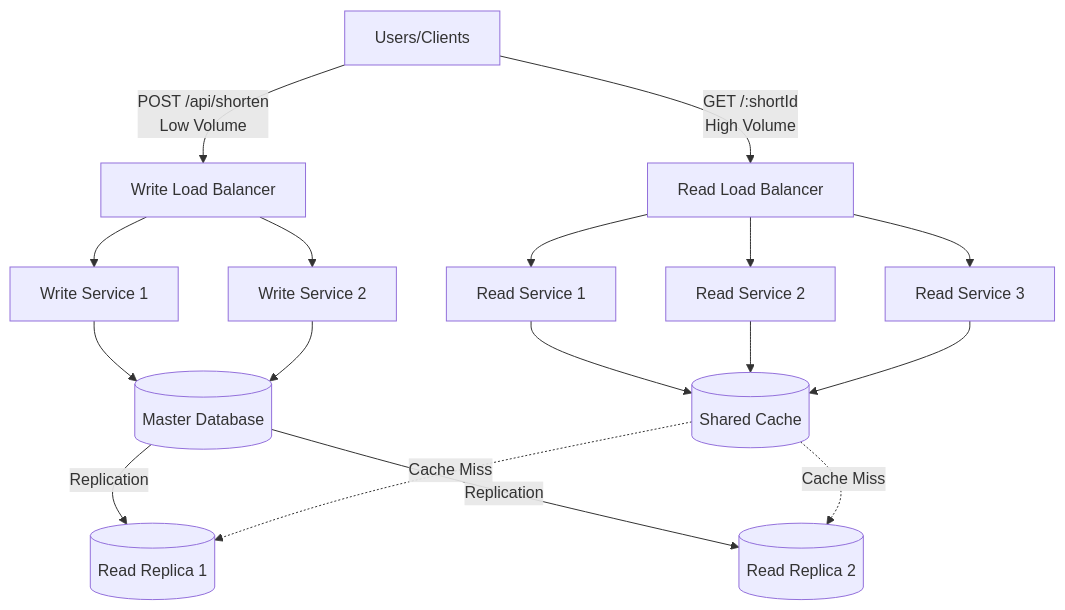
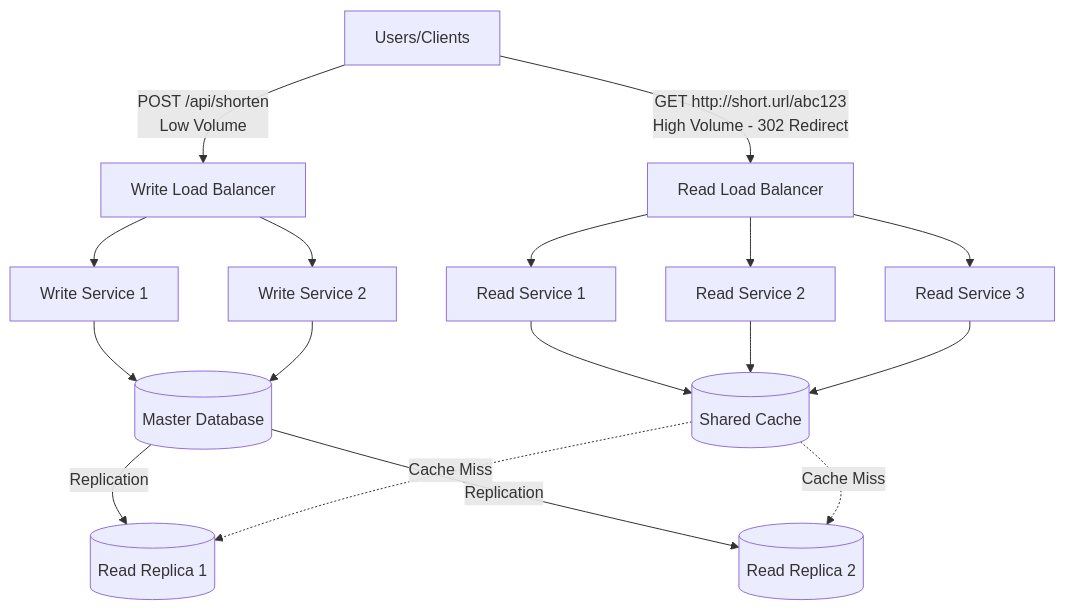
The fifth of 5 diagrams in shortUrl/README.md (ShalomDeitch1/examples), drawn with Mermaid before and after one commit. The commit also changed other lines of this file and 2 other files, not shown here.

````diff
--- a/shortUrl/README.md
+++ b/shortUrl/README.md
@@ -147,27 +147,27 @@
 ```mermaid
 graph TB
     Users[Users/Clients]
     
     Users -->|POST /api/shorten<br/>Low Volume| WriteLB[Write Load Balancer]
-    Users -->|GET /:shortId<br/>High Volume| ReadLB[Read Load Balancer]
+    Users -->|GET http://short.url/abc123<br/>High Volume - 302 Redirect| ReadLB[Read Load Balancer]
     
     WriteLB --> WriteService1[Write Service 1]
     WriteLB --> WriteService2[Write Service 2]
     
     ReadLB --> ReadService1[Read Service 1]
     ReadLB --> ReadService2[Read Service 2]
     ReadLB --> ReadService3[Read Service 3]
     
     WriteService1 --> MasterDB[(Master Database)]
     WriteService2 --> MasterDB
     
     MasterDB -->|Replication| ReadReplica1[(Read Replica 1)]
     MasterDB -->|Replication| ReadReplica2[(Read Replica 2)]
     
     ReadService1 --> Redis[(Shared Cache)]
     ReadService2 --> Redis
     ReadService3 --> Redis
     
     Redis -.->|Cache Miss| ReadReplica1
     Redis -.->|Cache Miss| ReadReplica2
 ```
````
